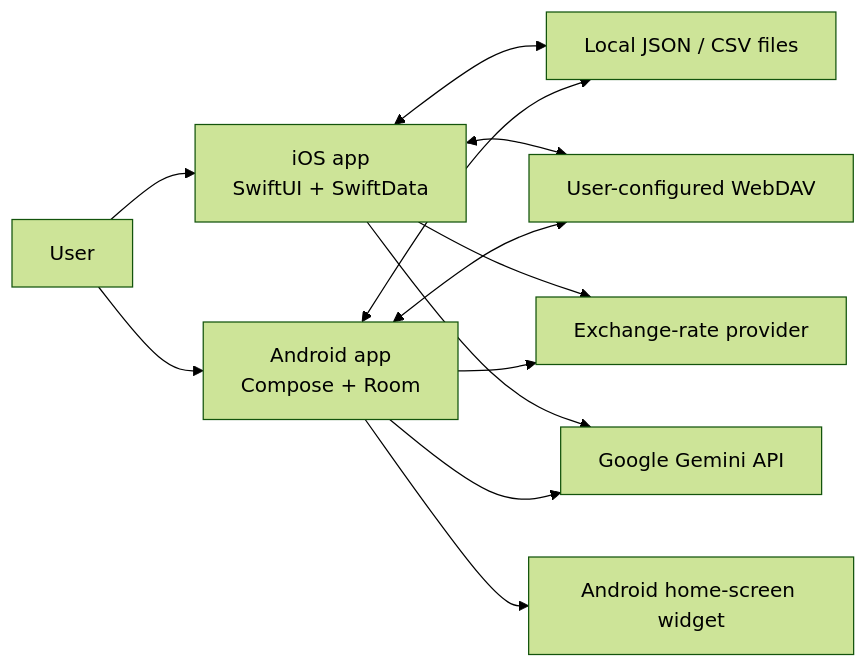
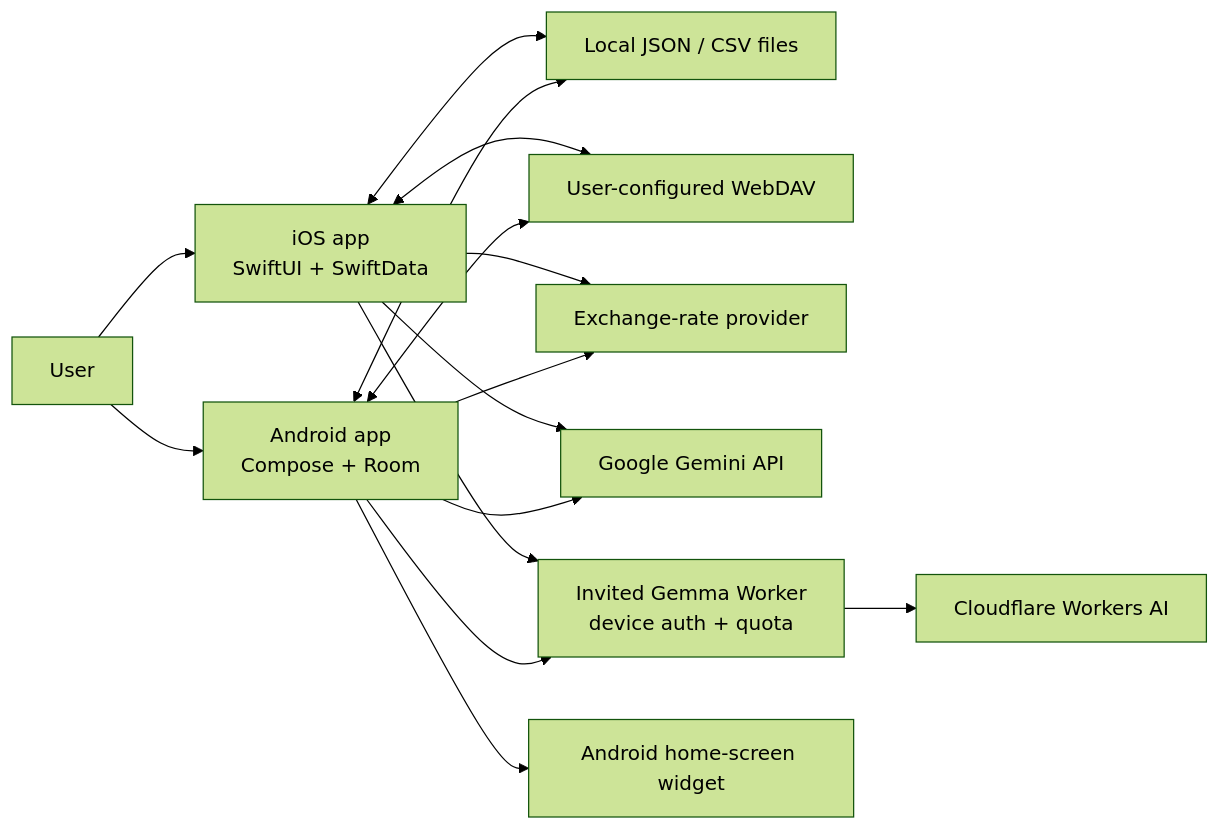
The first of 8 diagrams in docs/ARCHITECTURE.md (lhf-Philip/ai-accounting-ios), drawn with Mermaid (forest theme) before and after one commit. The commit also changed other lines of this file and 35 other files, not shown here.

First line of the commit message:
feat(ai): add invited Gemma receipt service with per-device usage (#183)

````diff
--- a/docs/ARCHITECTURE.md
+++ b/docs/ARCHITECTURE.md
@@ -12,23 +12,28 @@
 ```mermaid
 flowchart LR
     User["User"]
     IOS["iOS app<br/>SwiftUI + SwiftData"]
     Android["Android app<br/>Compose + Room"]
     Files["Local JSON / CSV files"]
     WebDAV["User-configured WebDAV"]
     FX["Exchange-rate provider"]
     Gemini["Google Gemini API"]
+    GemmaProxy["Invited Gemma Worker<br/>device auth + quota"]
+    WorkersAI["Cloudflare Workers AI"]
     Widget["Android home-screen widget"]
 
     User --> IOS
     User --> Android
     IOS <--> Files
     Android <--> Files
     IOS <--> WebDAV
     Android <--> WebDAV
     IOS --> FX
     Android --> FX
     IOS --> Gemini
     Android --> Gemini
+    IOS --> GemmaProxy
+    Android --> GemmaProxy
+    GemmaProxy --> WorkersAI
     Android --> Widget
 ```
````
